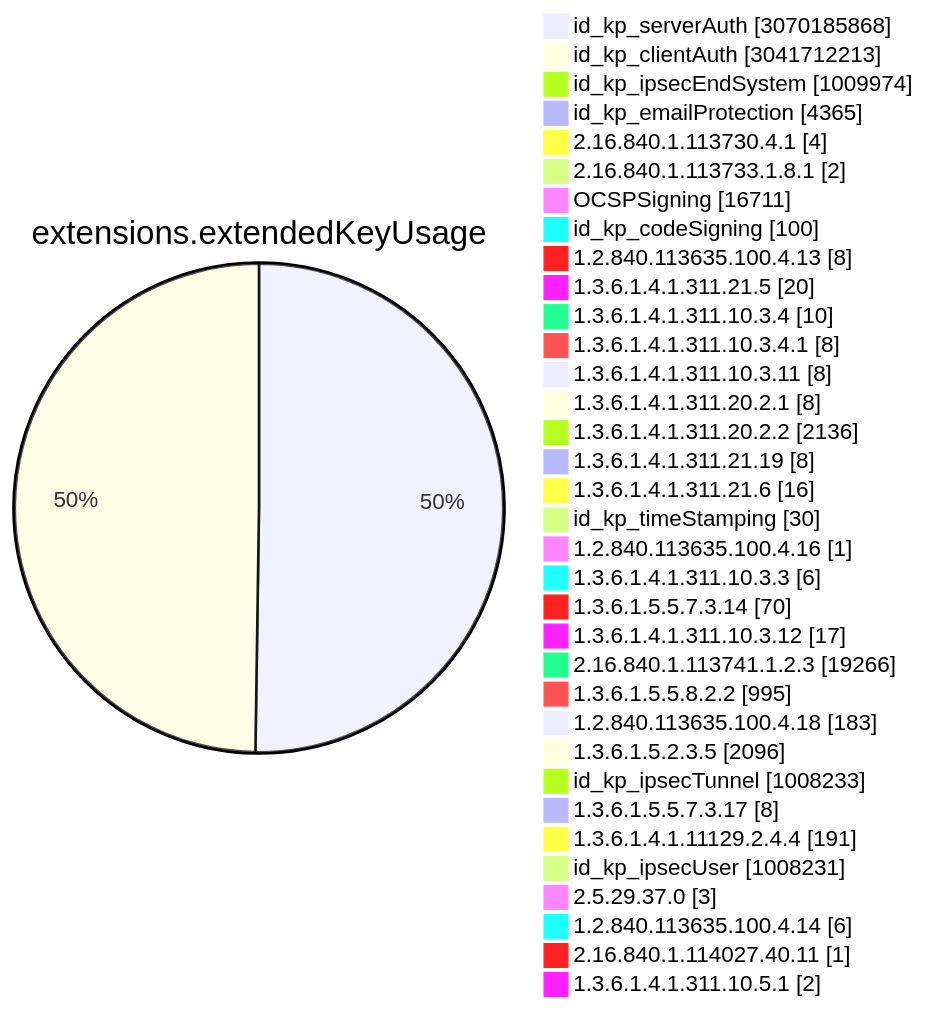
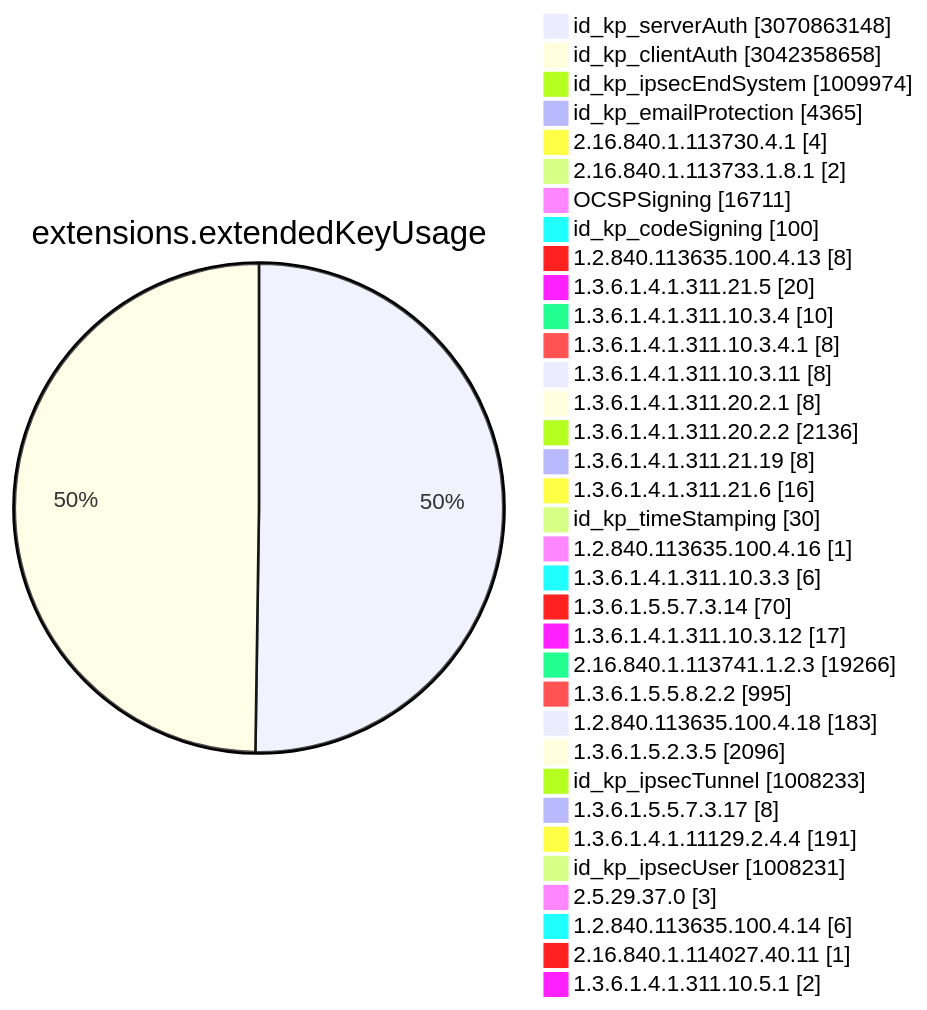
Diagram 11 of 15 in TOTAL/README.md (christiankrug/ctmonitor_visualization), drawn with Mermaid before and after one commit. The commit also changed other lines of this file, not shown here.

````diff
--- a/TOTAL/README.md
+++ b/TOTAL/README.md
@@ -4117,38 +4117,38 @@
 ```mermaid
 pie showData
 title extensions.extendedKeyUsage
-"id_kp_serverAuth" :3070185868
-"id_kp_clientAuth" :3041712213
+"id_kp_serverAuth" :3070863148
+"id_kp_clientAuth" :3042358658
 "id_kp_ipsecEndSystem" :1009974
 "id_kp_emailProtection" :4365
 "2.16.840.1.113730.4.1" :4
 "2.16.840.1.113733.1.8.1" :2
 "OCSPSigning" :16711
 "id_kp_codeSigning" :100
 "1.2.840.113635.100.4.13" :8
 "1.3.6.1.4.1.311.21.5" :20
 "1.3.6.1.4.1.311.10.3.4" :10
 "1.3.6.1.4.1.311.10.3.4.1" :8
 "1.3.6.1.4.1.311.10.3.11" :8
 "1.3.6.1.4.1.311.20.2.1" :8
 "1.3.6.1.4.1.311.20.2.2" :2136
 "1.3.6.1.4.1.311.21.19" :8
 "1.3.6.1.4.1.311.21.6" :16
 "id_kp_timeStamping" :30
 "1.2.840.113635.100.4.16" :1
 "1.3.6.1.4.1.311.10.3.3" :6
 "1.3.6.1.5.5.7.3.14" :70
 "1.3.6.1.4.1.311.10.3.12" :17
 "2.16.840.1.113741.1.2.3" :19266
 "1.3.6.1.5.5.8.2.2" :995
 "1.2.840.113635.100.4.18" :183
 "1.3.6.1.5.2.3.5" :2096
 "id_kp_ipsecTunnel" :1008233
 "1.3.6.1.5.5.7.3.17" :8
 "1.3.6.1.4.1.11129.2.4.4" :191
 "id_kp_ipsecUser" :1008231
 "2.5.29.37.0" :3
 "1.2.840.113635.100.4.14" :6
 "2.16.840.1.114027.40.11" :1
 "1.3.6.1.4.1.311.10.5.1" :2
 ```
````
